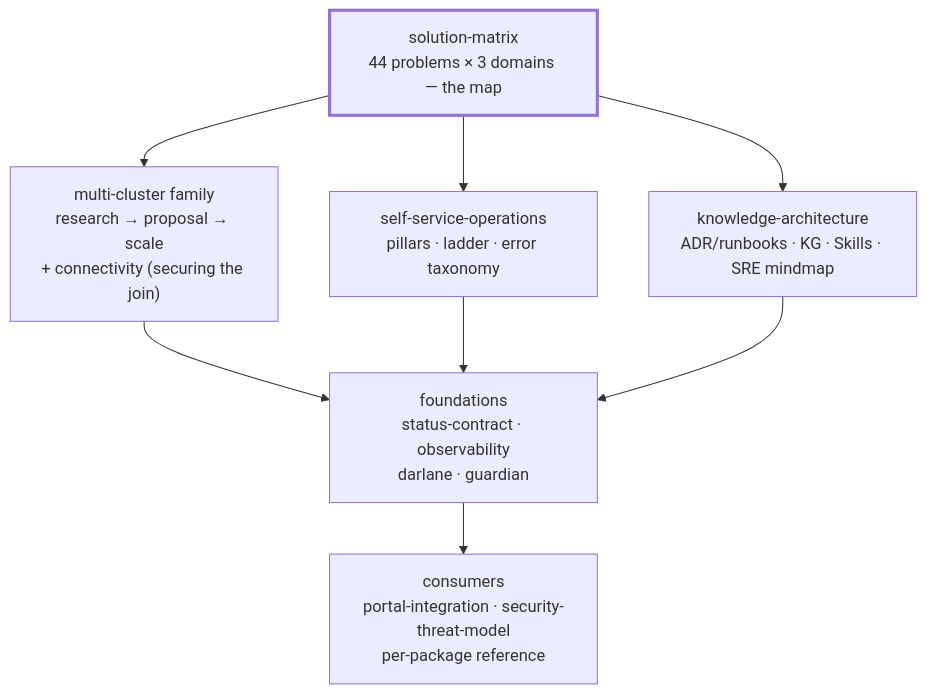
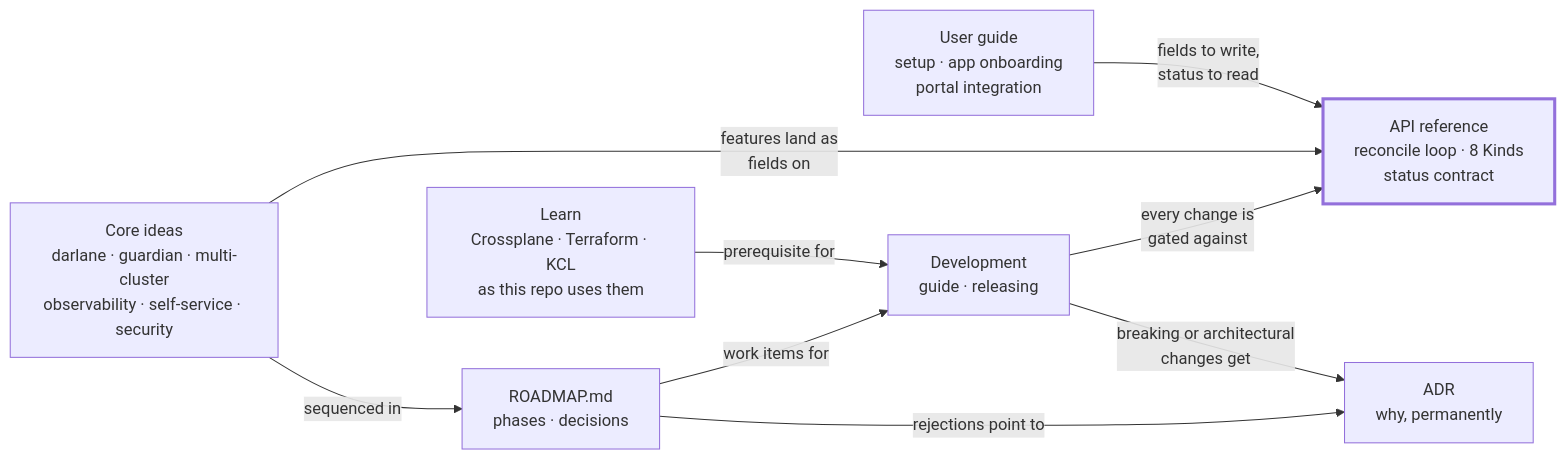
One commit to wxops/wxops-core changed the diagram in docs/README.md. Above: the diagram before and after it, drawn with Mermaid. The commit also changed other lines of this file and 153 other files, not shown here.

````diff
--- a/docs/README.md
+++ b/docs/README.md
@@ -29,20 +134,22 @@
 ```mermaid
-flowchart TD
-    SM["solution-matrix<br/>44 problems × 3 domains — the map"]
-    MC["multi-cluster family<br/>research → proposal → scale<br/>+ connectivity (securing the join)"]
-    SSO["self-service-operations<br/>pillars · ladder · error taxonomy"]
-    KA["knowledge-architecture<br/>ADR/runbooks · KG · Skills · SRE mindmap"]
-    F["foundations<br/>status-contract · observability<br/>darlane · guardian"]
-    C["consumers<br/>portal-integration · security-threat-model<br/>per-package reference"]
+flowchart LR
+    LEARN["Learn<br/>Crossplane · Terraform · KCL<br/>as this repo uses them"]
+    UG["User guide<br/>setup · app onboarding<br/>portal integration"]
+    API["API reference<br/>reconcile loop · 8 Kinds<br/>status contract"]
+    IDEAS["Core ideas<br/>darlane · guardian · multi-cluster<br/>observability · self-service · security"]
+    DEV["Development<br/>guide · releasing"]
+    RM["ROADMAP.md<br/>phases · decisions"]
+    ADR["ADR<br/>why, permanently"]
 
-    SM --> MC
-    SM --> SSO
-    SM --> KA
-    MC --> F
-    SSO --> F
-    KA --> F
-    F --> C
+    LEARN -->|"prerequisite for"| DEV
+    UG -->|"fields to write,<br/>status to read"| API
+    IDEAS -->|"features land as<br/>fields on"| API
+    DEV -->|"every change is<br/>gated against"| API
+    IDEAS -->|"sequenced in"| RM
+    RM -->|"work items for"| DEV
+    DEV -->|"breaking or architectural<br/>changes get"| ADR
+    RM -->|"rejections point to"| ADR
 
-    classDef map stroke-width:3px
-    class SM map
+    classDef hub stroke-width:3px
+    class API hub
 ```
````
